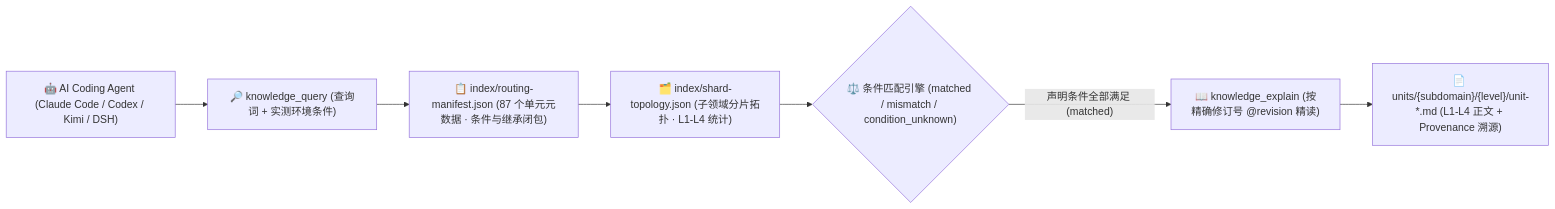
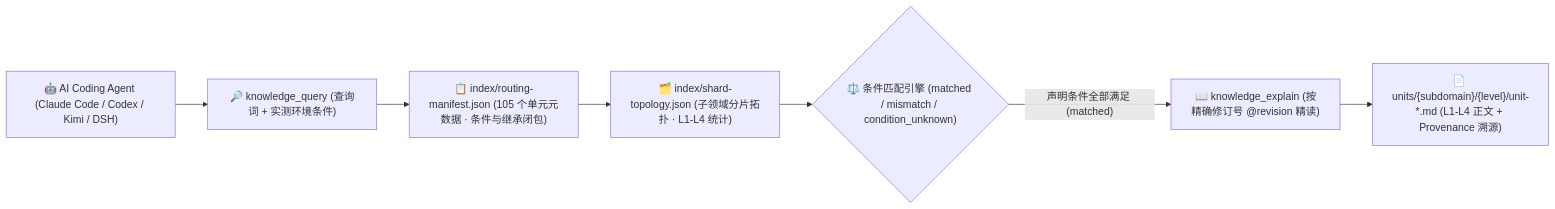
Before and after one commit to mindie-agent/knowledge-operators: the diagram in README.md, drawn with Mermaid. The commit also changed other lines of this file and 6 other files, not shown here.

````diff
--- a/README.md
+++ b/README.md
@@ -102,13 +102,13 @@
 ```mermaid
 flowchart LR
   Agent["🤖 AI Coding Agent (Claude Code / Codex / Kimi / DSH)"]
   Query["🔎 knowledge_query (查询词 + 实测环境条件)"]
-  Manifest["📋 index/routing-manifest.json (87 个单元元数据 · 条件与继承闭包)"]
+  Manifest["📋 index/routing-manifest.json (105 个单元元数据 · 条件与继承闭包)"]
   Topology["🗂️ index/shard-topology.json (子领域分片拓扑 · L1-L4 统计)"]
   Match{"⚖️ 条件匹配引擎 (matched / mismatch / condition_unknown)"}
   Explain["📖 knowledge_explain (按精确修订号 @revision 精读)"]
   Units["📄 units/{subdomain}/{level}/unit-*.md (L1-L4 正文 + Provenance 溯源)"]
 
   Agent --> Query --> Manifest --> Topology --> Match
   Match -- "声明条件全部满足 (matched)" --> Explain --> Units
 ```
````
